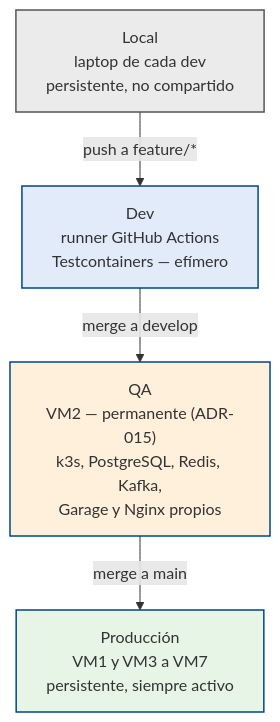
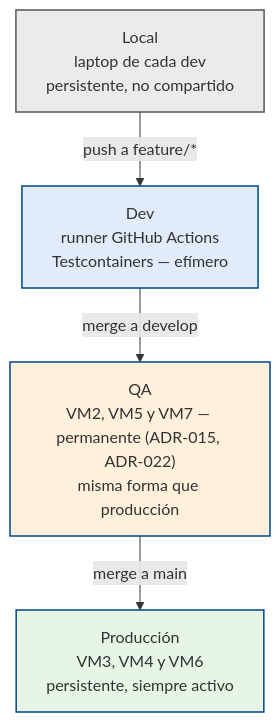
The sixth of 9 diagrams in docs/architecture/SDD.md (ARQUI-202630/quickpatch), drawn with Mermaid before and after one commit. The commit also changed other lines of this file and 11 other files, not shown here.

First line of the commit message:
docs(architecture): ADR-022 redistribucion de VMs 3+3+1 y recursos por servicio (SCRUM-341, SCRUM-342, SCRUM-339)

````diff
--- a/docs/architecture/SDD.md
+++ b/docs/architecture/SDD.md
@@ -1365,16 +1371,16 @@
 ```mermaid
 flowchart TB
     L["Local<br/>laptop de cada dev<br/>persistente, no compartido"]
     D["Dev<br/>runner GitHub Actions<br/>Testcontainers — efímero"]
-    Q["QA<br/>VM2 — permanente (ADR-015)<br/>k3s, PostgreSQL, Redis, Kafka,<br/>Garage y Nginx propios"]
-    P["Producción<br/>VM1 y VM3 a VM7<br/>persistente, siempre activo"]
+    Q["QA<br/>VM2, VM5 y VM7 — permanente (ADR-015, ADR-022)<br/>misma forma que producción"]
+    P["Producción<br/>VM3, VM4 y VM6<br/>persistente, siempre activo"]
 
     L -->|"push a feature/*"| D
     D -->|"merge a develop"| Q
     Q -->|"merge a main"| P
 
     style L fill:#EBEBEB,stroke:#555555,stroke-width:1.5px
     style D fill:#E1EBFA,stroke:#00468C,stroke-width:1.5px
     style Q fill:#FFF0DC,stroke:#00468C,stroke-width:1.5px
     style P fill:#E6F5E6,stroke:#00468C,stroke-width:1.5px
 ```
````
